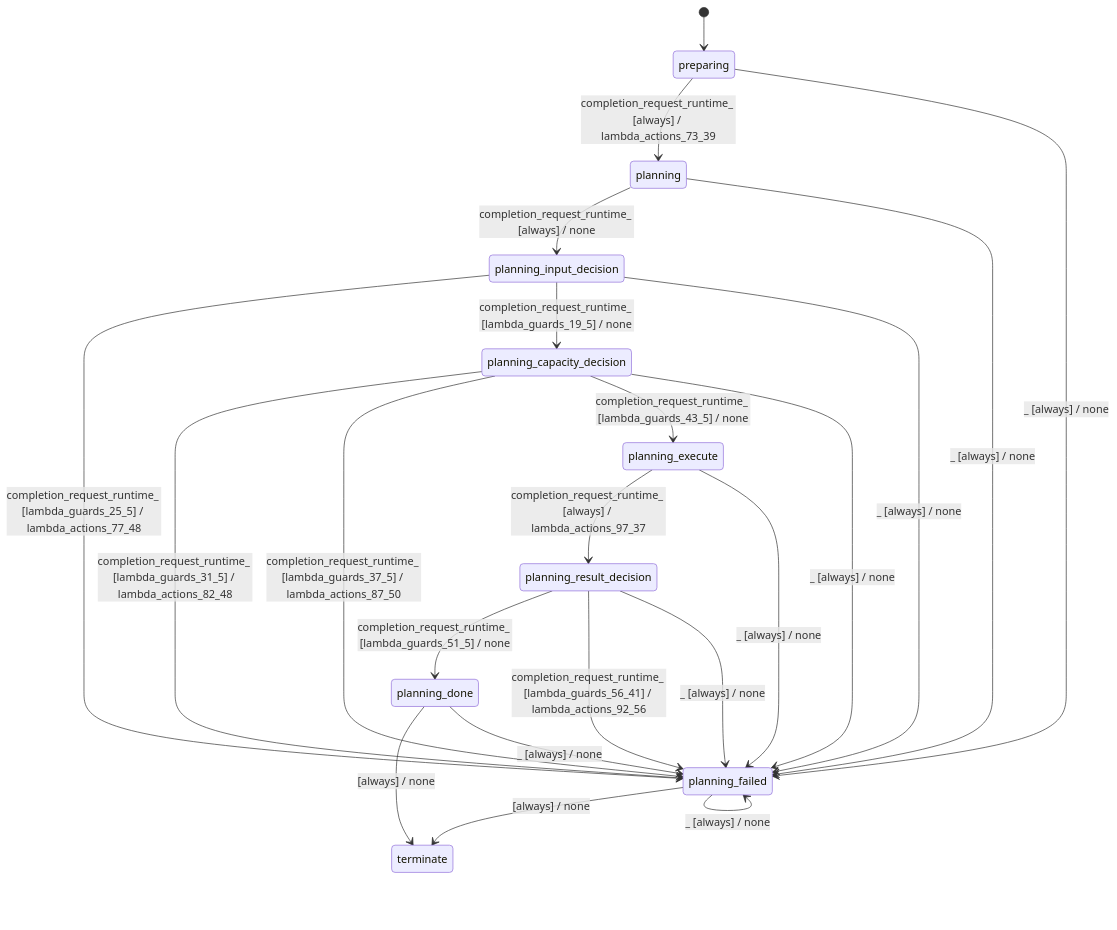
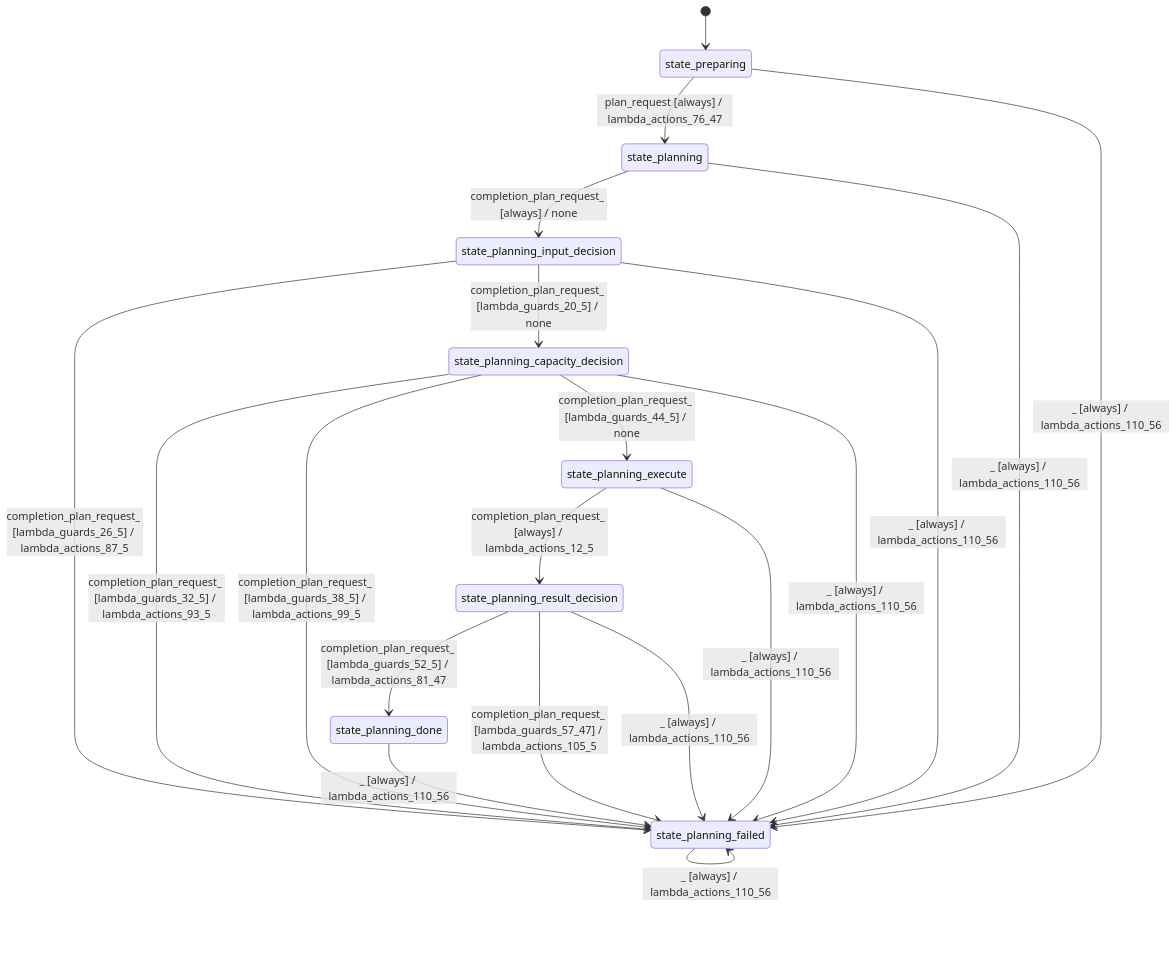
One commit to stateforward/emel.cpp changed the diagram in docs/architecture/batch_planner_modes_sequential.md. Above: the diagram before and after it, drawn with Mermaid. The commit also changed other lines of this file and 109 other files, not shown here.

````diff
--- a/docs/architecture/batch_planner_modes_sequential.md
+++ b/docs/architecture/batch_planner_modes_sequential.md
@@ -7,25 +7,23 @@
 ```mermaid
 stateDiagram-v2
   direction TB
-  [*] --> preparing
-  preparing --> planning : completion_request_runtime_ [always] / lambda_actions_73_39
-  planning --> planning_input_decision : completion_request_runtime_ [always] / none
-  planning_input_decision --> planning_failed : completion_request_runtime_ [lambda_guards_25_5] / lambda_actions_77_48
-  planning_input_decision --> planning_capacity_decision : completion_request_runtime_ [lambda_guards_19_5] / none
-  planning_capacity_decision --> planning_failed : completion_request_runtime_ [lambda_guards_31_5] / lambda_actions_82_48
-  planning_capacity_decision --> planning_failed : completion_request_runtime_ [lambda_guards_37_5] / lambda_actions_87_50
-  planning_capacity_decision --> planning_execute : completion_request_runtime_ [lambda_guards_43_5] / none
-  planning_execute --> planning_result_decision : completion_request_runtime_ [always] / lambda_actions_97_37
-  planning_result_decision --> planning_done : completion_request_runtime_ [lambda_guards_51_5] / none
-  planning_result_decision --> planning_failed : completion_request_runtime_ [lambda_guards_56_41] / lambda_actions_92_56
-  planning_done --> terminate : [always] / none
-  planning_failed --> terminate : [always] / none
-  planning_done --> planning_failed : _ [always] / none
-  planning_failed --> planning_failed : _ [always] / none
-  preparing --> planning_failed : _ [always] / none
-  planning --> planning_failed : _ [always] / none
-  planning_input_decision --> planning_failed : _ [always] / none
-  planning_capacity_decision --> planning_failed : _ [always] / none
-  planning_execute --> planning_failed : _ [always] / none
-  planning_result_decision --> planning_failed : _ [always] / none
+  [*] --> state_preparing
+  state_preparing --> state_planning : plan_request [always] / lambda_actions_76_47
+  state_planning --> state_planning_input_decision : completion_plan_request_ [always] / none
+  state_planning_input_decision --> state_planning_failed : completion_plan_request_ [lambda_guards_26_5] / lambda_actions_87_5
+  state_planning_input_decision --> state_planning_capacity_decision : completion_plan_request_ [lambda_guards_20_5] / none
+  state_planning_capacity_decision --> state_planning_failed : completion_plan_request_ [lambda_guards_32_5] / lambda_actions_93_5
+  state_planning_capacity_decision --> state_planning_failed : completion_plan_request_ [lambda_guards_38_5] / lambda_actions_99_5
+  state_planning_capacity_decision --> state_planning_execute : completion_plan_request_ [lambda_guards_44_5] / none
+  state_planning_execute --> state_planning_result_decision : completion_plan_request_ [always] / lambda_actions_12_5
+  state_planning_result_decision --> state_planning_done : completion_plan_request_ [lambda_guards_52_5] / lambda_actions_81_47
+  state_planning_result_decision --> state_planning_failed : completion_plan_request_ [lambda_guards_57_47] / lambda_actions_105_5
+  state_planning_done --> state_planning_failed : _ [always] / lambda_actions_110_56
+  state_planning_failed --> state_planning_failed : _ [always] / lambda_actions_110_56
+  state_preparing --> state_planning_failed : _ [always] / lambda_actions_110_56
+  state_planning --> state_planning_failed : _ [always] / lambda_actions_110_56
+  state_planning_input_decision --> state_planning_failed : _ [always] / lambda_actions_110_56
+  state_planning_capacity_decision --> state_planning_failed : _ [always] / lambda_actions_110_56
+  state_planning_execute --> state_planning_failed : _ [always] / lambda_actions_110_56
+  state_planning_result_decision --> state_planning_failed : _ [always] / lambda_actions_110_56
 ```
````
